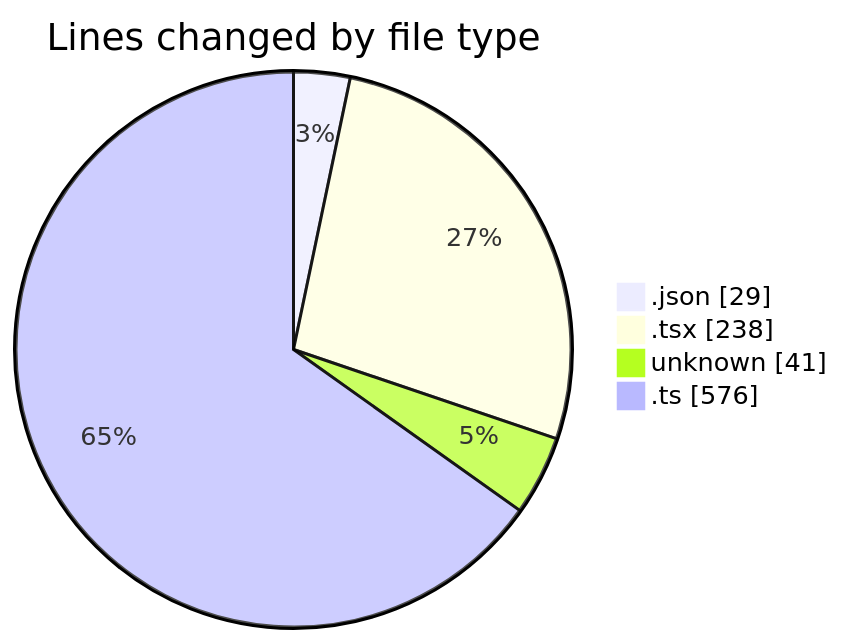
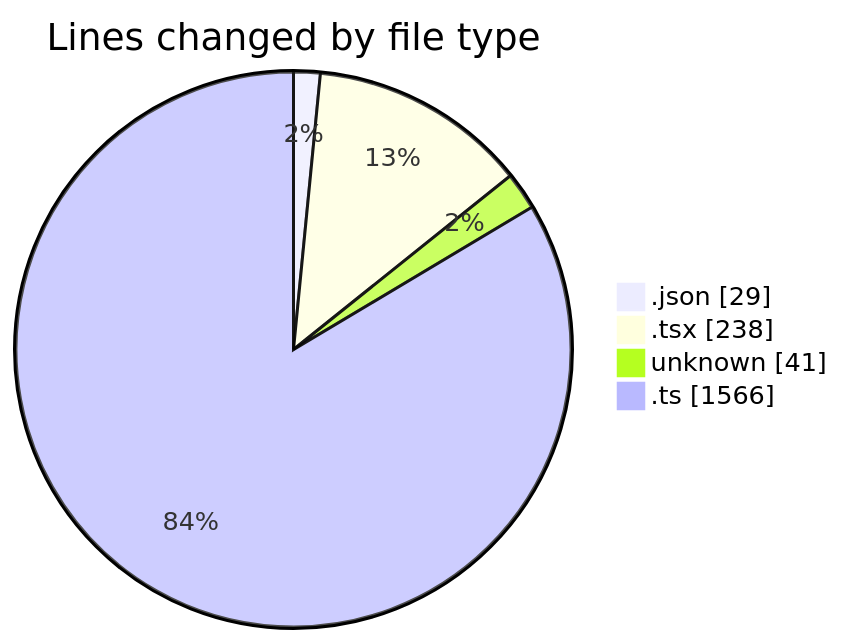
Before and after one commit to momahboobian/code-tracking: the first of 2 diagrams in 2025-06-09/cda/README.md, drawn with Mermaid. The commit also changed other lines of this file and 1 other file, not shown here.

````diff
--- a/2025-06-09/cda/README.md
+++ b/2025-06-09/cda/README.md
@@ -24,8 +25,8 @@
 ```mermaid
 pie showData
 title Lines changed by file type
 ".json" : 29
 ".tsx" : 238
 "unknown" : 41
-".ts" : 576
+".ts" : 1566
 ```
````
